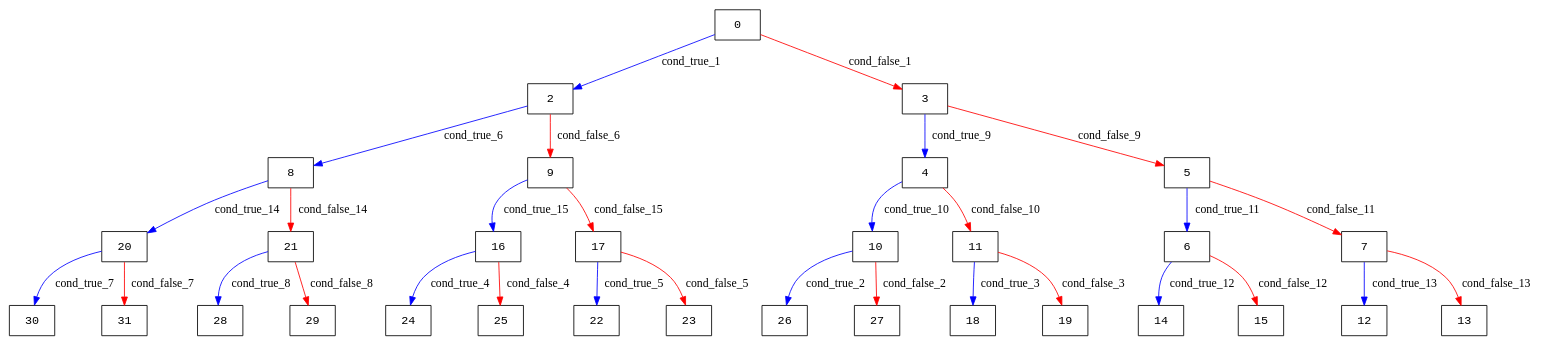
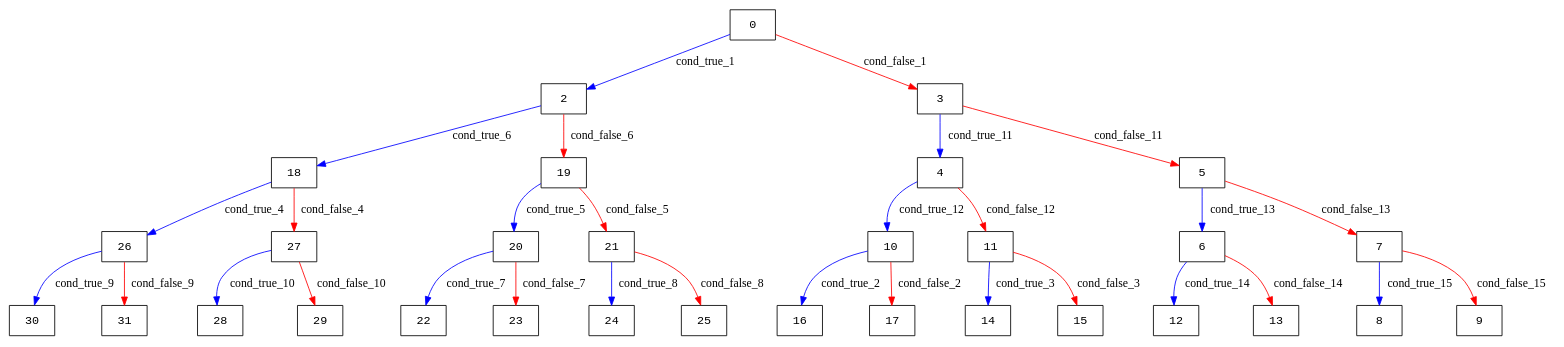
One commit to Research-Tools-PAVT/PSE-Program-Examples changed the diagram in klee_results/freivalds_char_processed/freivalds_char_execution_tree.dot. Above: the diagram before and after it, drawn with Graphviz. The commit also changed 69 other files, not shown here.

```diff
--- a/klee_results/freivalds_char_processed/freivalds_char_execution_tree.dot
+++ b/klee_results/freivalds_char_processed/freivalds_char_execution_tree.dot
@@ -1,33 +1,33 @@
 digraph ExecutionTree {
 	node [color=black fontname=Courier height=.5 shape=record]
 	0 -> 2 [label=cond_true_1 color=blue]
 	0 -> 3 [label=cond_false_1 color=red]
-	2 -> 8 [label=cond_true_6 color=blue]
-	2 -> 9 [label=cond_false_6 color=red]
-	3 -> 4 [label=cond_true_9 color=blue]
-	3 -> 5 [label=cond_false_9 color=red]
-	10 -> 26 [label=cond_true_2 color=blue]
-	10 -> 27 [label=cond_false_2 color=red]
-	11 -> 18 [label=cond_true_3 color=blue]
-	11 -> 19 [label=cond_false_3 color=red]
-	16 -> 24 [label=cond_true_4 color=blue]
-	16 -> 25 [label=cond_false_4 color=red]
-	17 -> 22 [label=cond_true_5 color=blue]
-	17 -> 23 [label=cond_false_5 color=red]
-	8 -> 20 [label=cond_true_14 color=blue]
-	8 -> 21 [label=cond_false_14 color=red]
-	9 -> 16 [label=cond_true_15 color=blue]
-	9 -> 17 [label=cond_false_15 color=red]
-	20 -> 30 [label=cond_true_7 color=blue]
-	20 -> 31 [label=cond_false_7 color=red]
-	21 -> 28 [label=cond_true_8 color=blue]
-	21 -> 29 [label=cond_false_8 color=red]
-	4 -> 10 [label=cond_true_10 color=blue]
-	4 -> 11 [label=cond_false_10 color=red]
-	5 -> 6 [label=cond_true_11 color=blue]
-	5 -> 7 [label=cond_false_11 color=red]
-	6 -> 14 [label=cond_true_12 color=blue]
-	6 -> 15 [label=cond_false_12 color=red]
-	7 -> 12 [label=cond_true_13 color=blue]
-	7 -> 13 [label=cond_false_13 color=red]
+	2 -> 18 [label=cond_true_6 color=blue]
+	2 -> 19 [label=cond_false_6 color=red]
+	3 -> 4 [label=cond_true_11 color=blue]
+	3 -> 5 [label=cond_false_11 color=red]
+	10 -> 16 [label=cond_true_2 color=blue]
+	10 -> 17 [label=cond_false_2 color=red]
+	11 -> 14 [label=cond_true_3 color=blue]
+	11 -> 15 [label=cond_false_3 color=red]
+	18 -> 26 [label=cond_true_4 color=blue]
+	18 -> 27 [label=cond_false_4 color=red]
+	26 -> 30 [label=cond_true_9 color=blue]
+	26 -> 31 [label=cond_false_9 color=red]
+	27 -> 28 [label=cond_true_10 color=blue]
+	27 -> 29 [label=cond_false_10 color=red]
+	19 -> 20 [label=cond_true_5 color=blue]
+	19 -> 21 [label=cond_false_5 color=red]
+	20 -> 22 [label=cond_true_7 color=blue]
+	20 -> 23 [label=cond_false_7 color=red]
+	21 -> 24 [label=cond_true_8 color=blue]
+	21 -> 25 [label=cond_false_8 color=red]
+	4 -> 10 [label=cond_true_12 color=blue]
+	4 -> 11 [label=cond_false_12 color=red]
+	5 -> 6 [label=cond_true_13 color=blue]
+	5 -> 7 [label=cond_false_13 color=red]
+	6 -> 12 [label=cond_true_14 color=blue]
+	6 -> 13 [label=cond_false_14 color=red]
+	7 -> 8 [label=cond_true_15 color=blue]
+	7 -> 9 [label=cond_false_15 color=red]
 }
```
